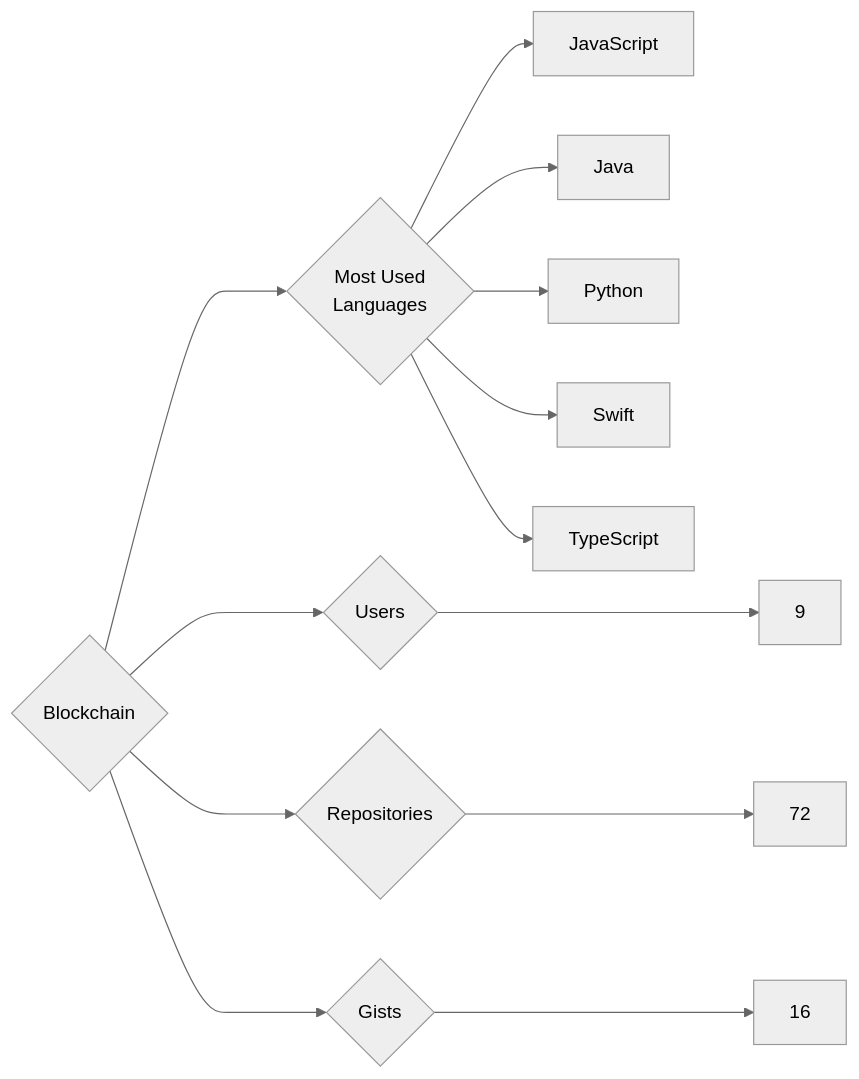
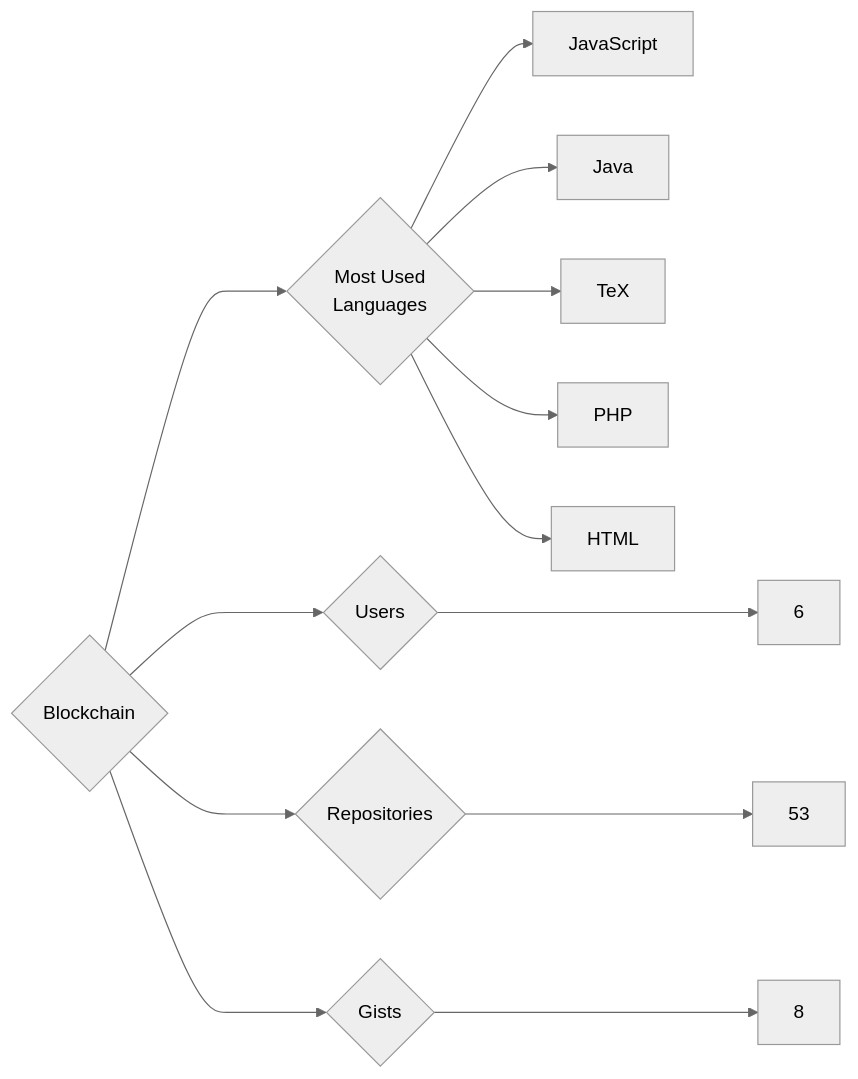
Before and after one commit to trickest/insiders: the diagram in targets/Blockchain/README.md, drawn with Mermaid (neutral theme). The commit also changed 865 other files, not shown here.

````diff
--- a/targets/Blockchain/README.md
+++ b/targets/Blockchain/README.md
@@ -3,13 +3,13 @@
 ```mermaid
 graph LR
 COMPANY_NAME{Blockchain}
-COMPANY_NAME ---> U{Users} ---> UN[9]
-COMPANY_NAME ---> R{Repositories} ---> RN[72]
-COMPANY_NAME ---> G{Gists} ---> GN[16]
+COMPANY_NAME ---> U{Users} ---> UN[6]
+COMPANY_NAME ---> R{Repositories} ---> RN[53]
+COMPANY_NAME ---> G{Gists} ---> GN[8]
 COMPANY_NAME ---> ML{Most Used<br>Languages}
 ML --> JavaScript[JavaScript]
 ML --> Java[Java]
-ML --> Python[Python]
-ML --> Swift[Swift]
-ML --> TypeScript[TypeScript]
+ML --> TeX[TeX]
+ML --> PHP[PHP]
+ML --> HTML[HTML]
 ```
````
